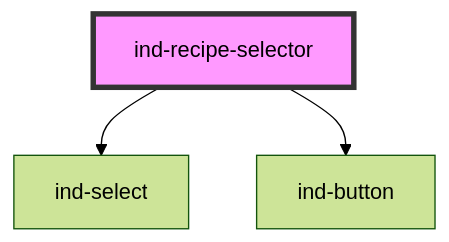
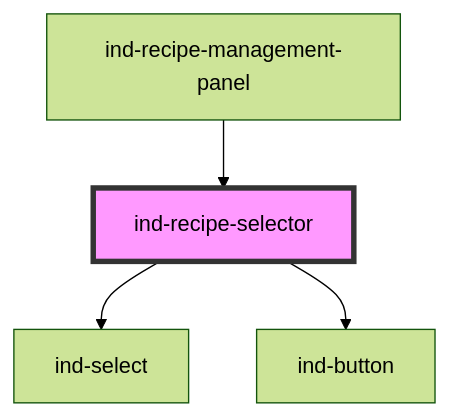
One commit to christophe77/in-ds changed the diagram in packages/core/src/components/molecules/recipe-selector/readme.md. Above: the diagram before and after it, drawn with Mermaid (forest theme). The commit also changed other lines of this file and 106 other files, not shown here.

````diff
--- a/packages/core/src/components/molecules/recipe-selector/readme.md
+++ b/packages/core/src/components/molecules/recipe-selector/readme.md
@@ -51,6 +55,7 @@
 ```mermaid
 graph TD;
   ind-recipe-selector --> ind-select
   ind-recipe-selector --> ind-button
+  ind-recipe-management-panel --> ind-recipe-selector
   style ind-recipe-selector fill:#f9f,stroke:#333,stroke-width:4px
 ```
````
